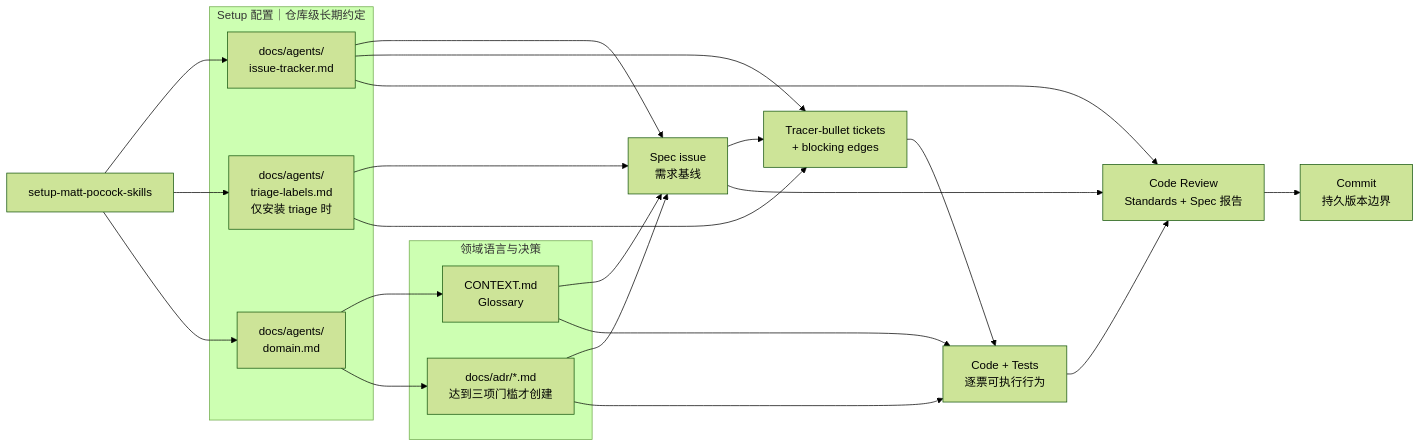
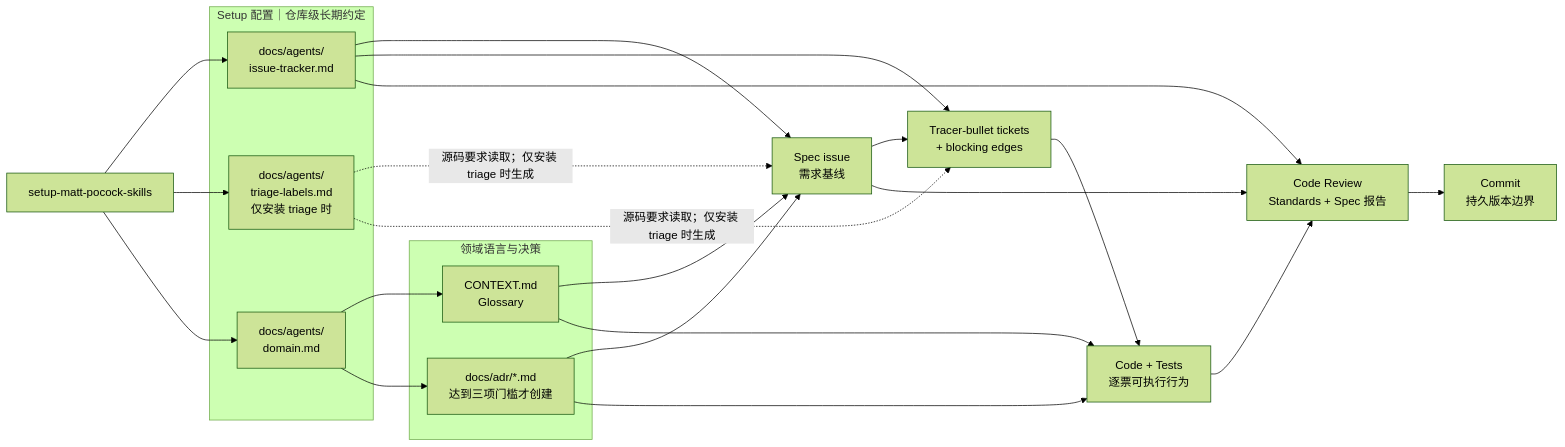
One commit to kangapp/ai-knowledge-base changed the fourth of 5 diagrams in docs/analysis/mattpocock-skills/skills-workflow-diagram.md. Above: the diagram before and after it, drawn with Mermaid (forest theme). The commit also changed other lines of this file and 3 other files, not shown here.

````diff
--- a/docs/analysis/mattpocock-skills/skills-workflow-diagram.md
+++ b/docs/analysis/mattpocock-skills/skills-workflow-diagram.md
@@ -101,41 +101,41 @@
 ```mermaid
 flowchart LR
     Setup["setup-matt-pocock-skills"]
 
     subgraph Config["Setup 配置｜仓库级长期约定"]
         Tracker["docs/agents/<br/>issue-tracker.md"]
         Labels["docs/agents/<br/>triage-labels.md<br/>仅安装 triage 时"]
         DomainConfig["docs/agents/<br/>domain.md"]
     end
 
     subgraph Language["领域语言与决策"]
         Glossary["CONTEXT.md<br/>Glossary"]
         ADR["docs/adr/*.md<br/>达到三项门槛才创建"]
     end
 
     Spec["Spec issue<br/>需求基线"]
     Tickets["Tracer-bullet tickets<br/>+ blocking edges"]
     Build["Code + Tests<br/>逐票可执行行为"]
     Review["Code Review<br/>Standards + Spec 报告"]
     Commit["Commit<br/>持久版本边界"]
 
     Setup --> Tracker
     Setup --> Labels
     Setup --> DomainConfig
     DomainConfig --> Glossary
     DomainConfig --> ADR
     Glossary --> Spec
     ADR --> Spec
     Tracker --> Spec
-    Labels --> Spec
+    Labels -. "源码要求读取；仅安装 triage 时生成" .-> Spec
     Spec --> Tickets
     Tracker --> Tickets
-    Labels --> Tickets
+    Labels -. "源码要求读取；仅安装 triage 时生成" .-> Tickets
     Tickets --> Build
     Glossary --> Build
     ADR --> Build
     Build --> Review
     Spec --> Review
     Tracker --> Review
     Review --> Commit
 ```
````
